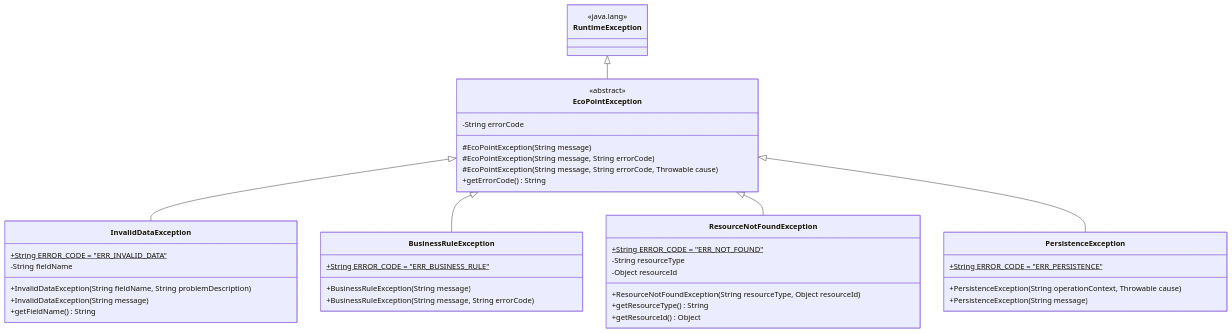
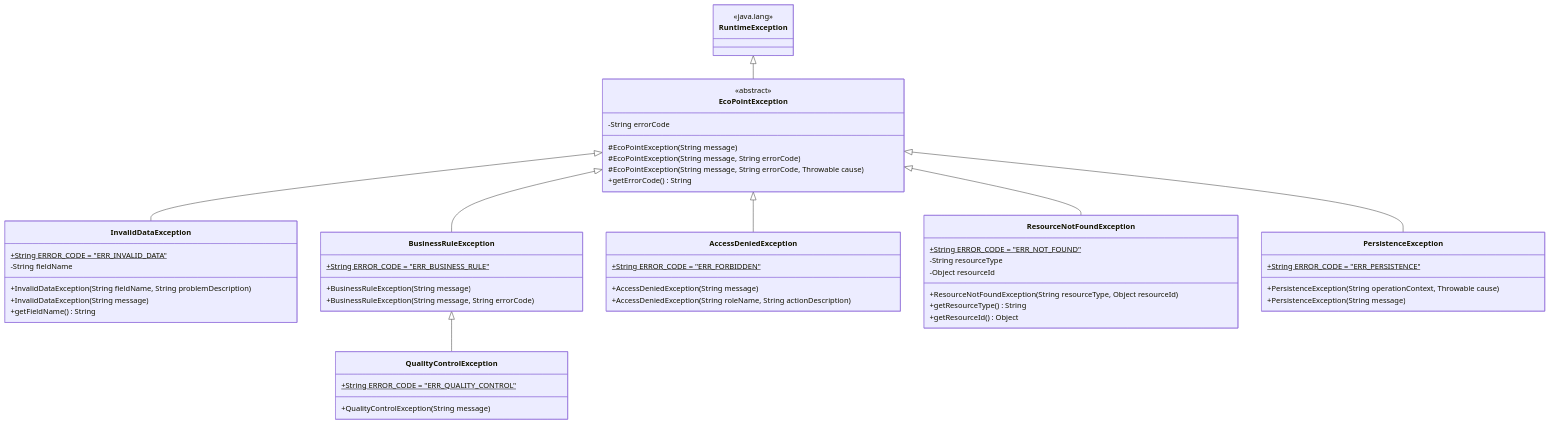
One commit to mlanderoc/EcoPoint-Edu changed the diagram in docs/exception-hierarchy-diagram.md. Above: the diagram before and after it, drawn with Mermaid. The commit also changed other lines of this file and 5 other files, not shown here.

First line of the commit message:
docs: actualizar diagramas y README al modelo de caracterización (T20)

````diff
--- a/docs/exception-hierarchy-diagram.md
+++ b/docs/exception-hierarchy-diagram.md
@@ -7,52 +7,65 @@
 ```mermaid
 classDiagram
     direction TB
 
     class RuntimeException {
         <<java.lang>>
     }
 
     class EcoPointException {
         <<abstract>>
         -String errorCode
         #EcoPointException(String message)
         #EcoPointException(String message, String errorCode)
         #EcoPointException(String message, String errorCode, Throwable cause)
         +getErrorCode() String
     }
 
     class InvalidDataException {
         +String ERROR_CODE = "ERR_INVALID_DATA"$
         -String fieldName
         +InvalidDataException(String fieldName, String problemDescription)
         +InvalidDataException(String message)
         +getFieldName() String
     }
 
     class BusinessRuleException {
         +String ERROR_CODE = "ERR_BUSINESS_RULE"$
         +BusinessRuleException(String message)
         +BusinessRuleException(String message, String errorCode)
     }
 
+    class QualityControlException {
+        +String ERROR_CODE = "ERR_QUALITY_CONTROL"$
+        +QualityControlException(String message)
+    }
+
+    class AccessDeniedException {
+        +String ERROR_CODE = "ERR_FORBIDDEN"$
+        +AccessDeniedException(String message)
+        +AccessDeniedException(String roleName, String actionDescription)
+    }
+
     class ResourceNotFoundException {
         +String ERROR_CODE = "ERR_NOT_FOUND"$
         -String resourceType
         -Object resourceId
         +ResourceNotFoundException(String resourceType, Object resourceId)
         +getResourceType() String
         +getResourceId() Object
     }
 
     class PersistenceException {
         +String ERROR_CODE = "ERR_PERSISTENCE"$
         +PersistenceException(String operationContext, Throwable cause)
         +PersistenceException(String message)
     }
 
     RuntimeException <|-- EcoPointException
     EcoPointException <|-- InvalidDataException
     EcoPointException <|-- BusinessRuleException
+    BusinessRuleException <|-- QualityControlException
+    EcoPointException <|-- AccessDeniedException
     EcoPointException <|-- ResourceNotFoundException
     EcoPointException <|-- PersistenceException
 ```
````
